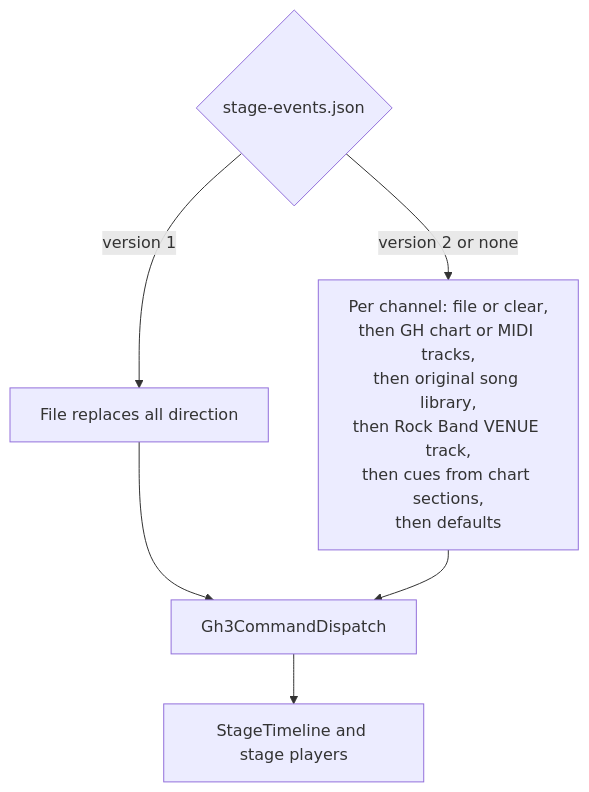
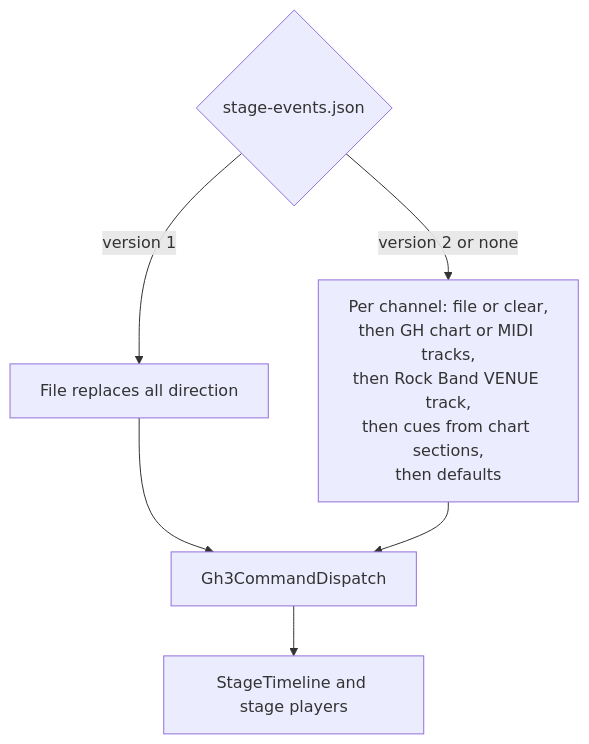
Before and after one commit to heditwo/gh3-clonehero-skin: the fourth of 4 diagrams in docs/ARCHITECTURE.md, drawn with Mermaid. The commit also changed other lines of this file and 7 other files, not shown here.

````diff
--- a/docs/ARCHITECTURE.md
+++ b/docs/ARCHITECTURE.md
@@ -117,9 +117,9 @@
 ```mermaid
 flowchart TD
     File{stage-events.json}
     File -- version 1 --> Replace[File replaces all direction]
-    File -- version 2 or none --> Channels[Per channel: file or clear,<br/>then GH chart or MIDI tracks,<br/>then original song library,<br/>then Rock Band VENUE track,<br/>then cues from chart sections,<br/>then defaults]
+    File -- version 2 or none --> Channels[Per channel: file or clear,<br/>then GH chart or MIDI tracks,<br/>then Rock Band VENUE track,<br/>then cues from chart sections,<br/>then defaults]
     Replace --> Dispatch[Gh3CommandDispatch]
     Channels --> Dispatch
     Dispatch --> Timeline[StageTimeline and stage players]
 ```
````
